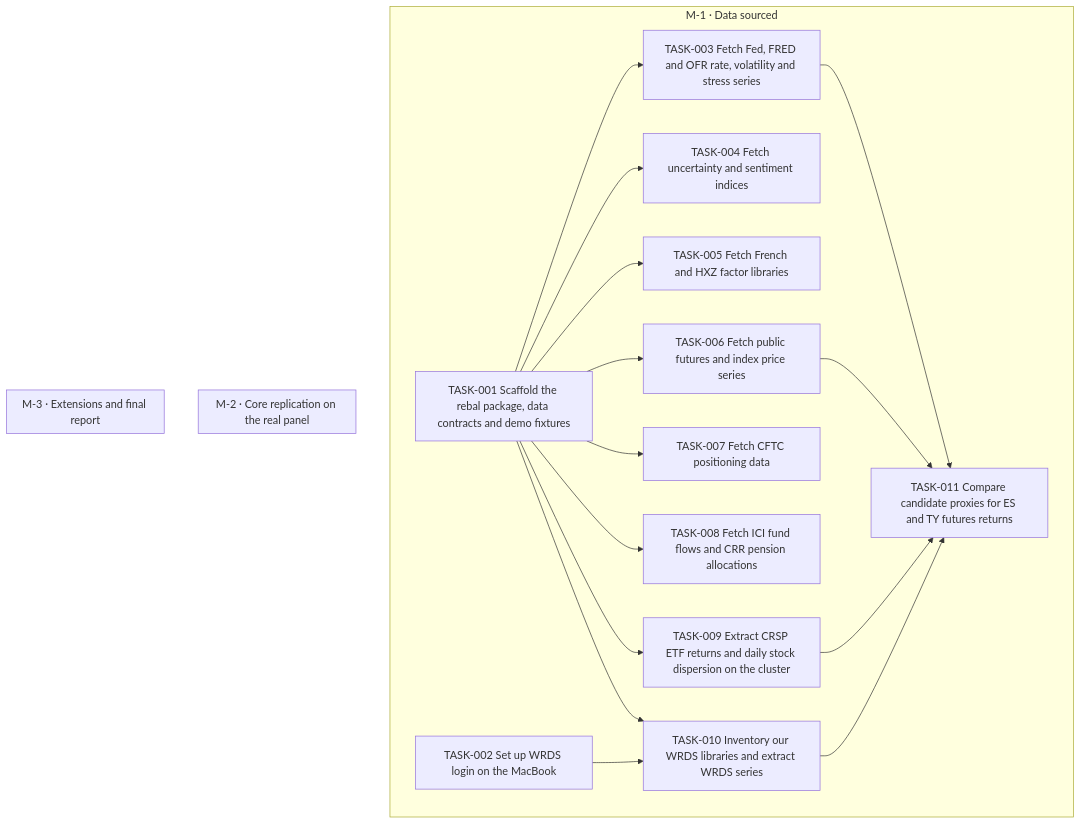
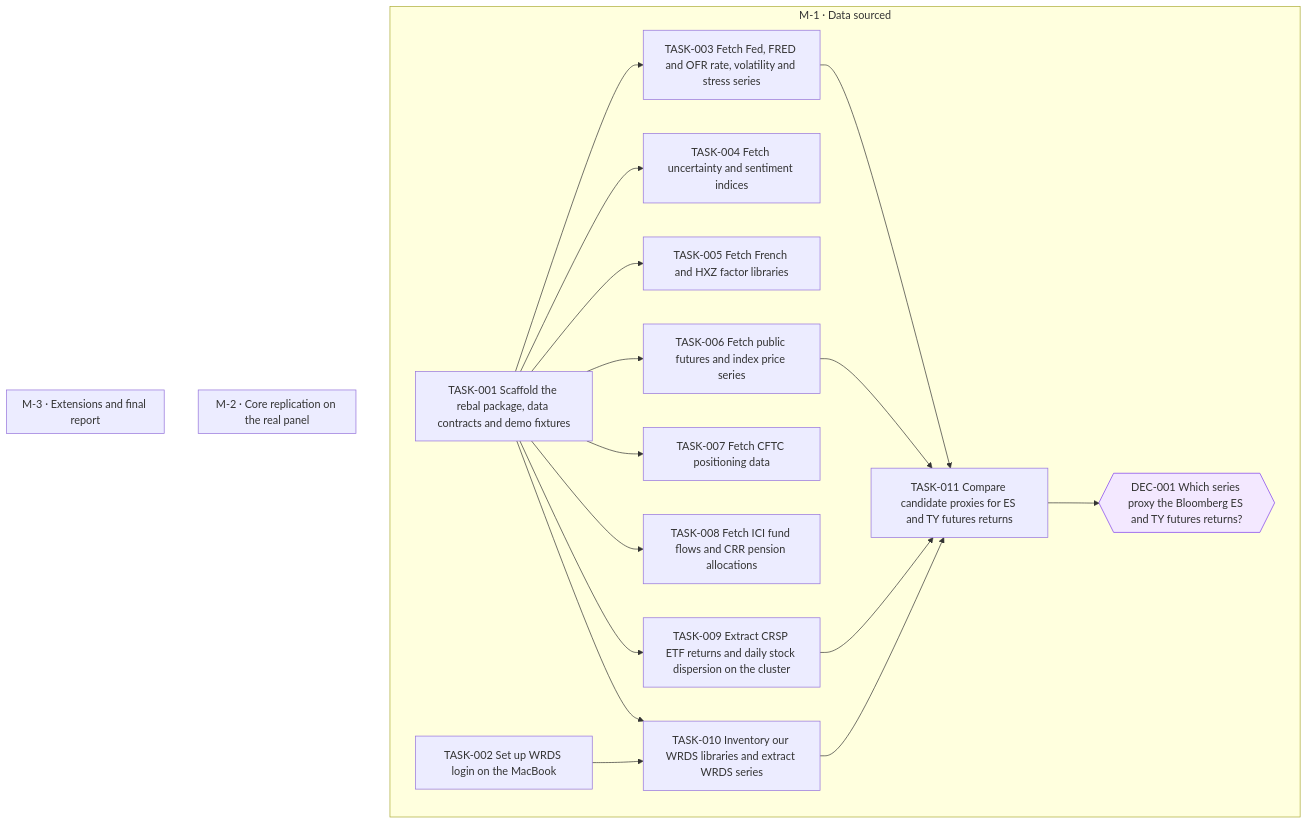
Before and after one commit to jesusvillota/replicate: the diagram in goals/hmm-rebalancing/README.md, drawn with Mermaid. The commit also changed 1 other file, not shown here.

Commit message:
goal(hmm-rebalancing): add DEC-001 Which series proxy the Bloomberg ES and TY futures returns?

````diff
--- a/goals/hmm-rebalancing/README.md
+++ b/goals/hmm-rebalancing/README.md
@@ -126,36 +126,39 @@
 ```mermaid
 flowchart TD
   subgraph M_1["M-1 · Data sourced"]
+    DEC_001{{"DEC-001 Which series proxy the Bloomberg ES and TY futures returns?"}}
     TASK_001["TASK-001 Scaffold the rebal package, data contracts and demo fixtures"]
     TASK_002["TASK-002 Set up WRDS login on the MacBook"]
     TASK_003["TASK-003 Fetch Fed, FRED and OFR rate, volatility and stress series"]
     TASK_004["TASK-004 Fetch uncertainty and sentiment indices"]
     TASK_005["TASK-005 Fetch French and HXZ factor libraries"]
     TASK_006["TASK-006 Fetch public futures and index price series"]
     TASK_007["TASK-007 Fetch CFTC positioning data"]
     TASK_008["TASK-008 Fetch ICI fund flows and CRR pension allocations"]
     TASK_009["TASK-009 Extract CRSP ETF returns and daily stock dispersion on the cluster"]
     TASK_010["TASK-010 Inventory our WRDS libraries and extract WRDS series"]
     TASK_011["TASK-011 Compare candidate proxies for ES and TY futures returns"]
   end
   subgraph M_2["M-2 · Core replication on the real panel"]
   end
   subgraph M_3["M-3 · Extensions and final report"]
   end
+  TASK_011 --> DEC_001
   TASK_001 --> TASK_003
   TASK_001 --> TASK_004
   TASK_001 --> TASK_005
   TASK_001 --> TASK_006
   TASK_001 --> TASK_007
   TASK_001 --> TASK_008
   TASK_001 --> TASK_009
   TASK_001 --> TASK_010
   TASK_002 --> TASK_010
   TASK_003 --> TASK_011
   TASK_006 --> TASK_011
   TASK_009 --> TASK_011
   TASK_010 --> TASK_011
   classDef draft stroke-dasharray: 4 3
   classDef cancelled opacity:0.45
   classDef decision fill:#f3e8ff,stroke:#7c3aed
+  class DEC_001 decision
 ```
````
